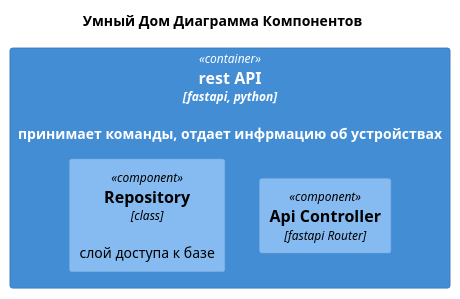
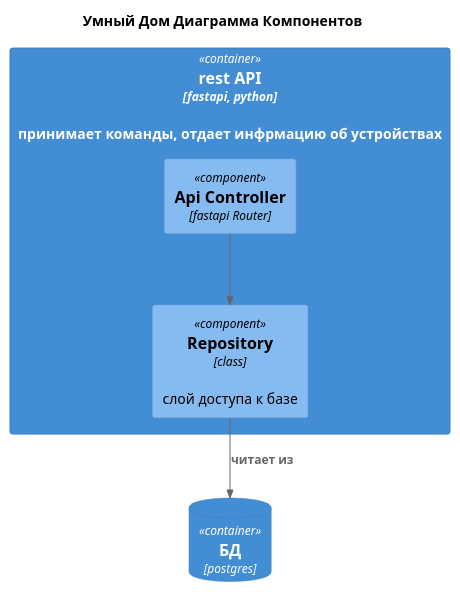
One commit to demon-mhm/architecture-sprint-3 changed the diagram in smart-home-microservices/api/doc/Components.puml. Above: the diagram before and after it, drawn with PlantUML. The commit also changed 19 other files, not shown here.

```diff
--- a/smart-home-microservices/api/doc/Components.puml
+++ b/smart-home-microservices/api/doc/Components.puml
@@ -1,12 +1,14 @@
 @startuml
 
 title Умный Дом Диаграмма Компонентов
 !include https://raw.githubusercontent.com/plantuml-stdlib/C4-PlantUML/master/C4_Component.puml
 
 
 Container(api, "rest API", "fastapi, python", "принимает команды, отдает инфрмацию об устройствах"){
     Component(controller, "Api Controller", "fastapi Router", "")
     Component(repo, "Repository", "class", "слой доступа к базе")
+    Rel_Down(controller, repo, "")
 }
-
+ContainerDb(db, "БД", "postgres", )
+Rel_Down(repo, db, "читает из")
 @enduml
```
